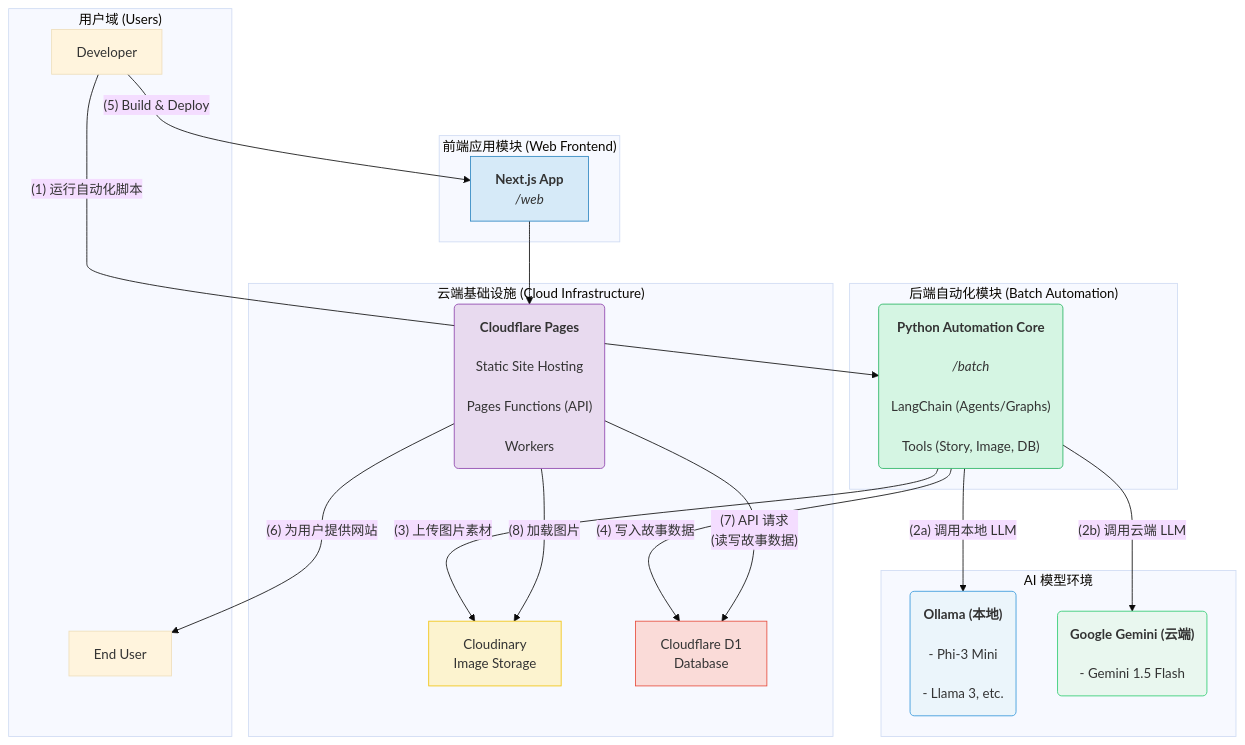
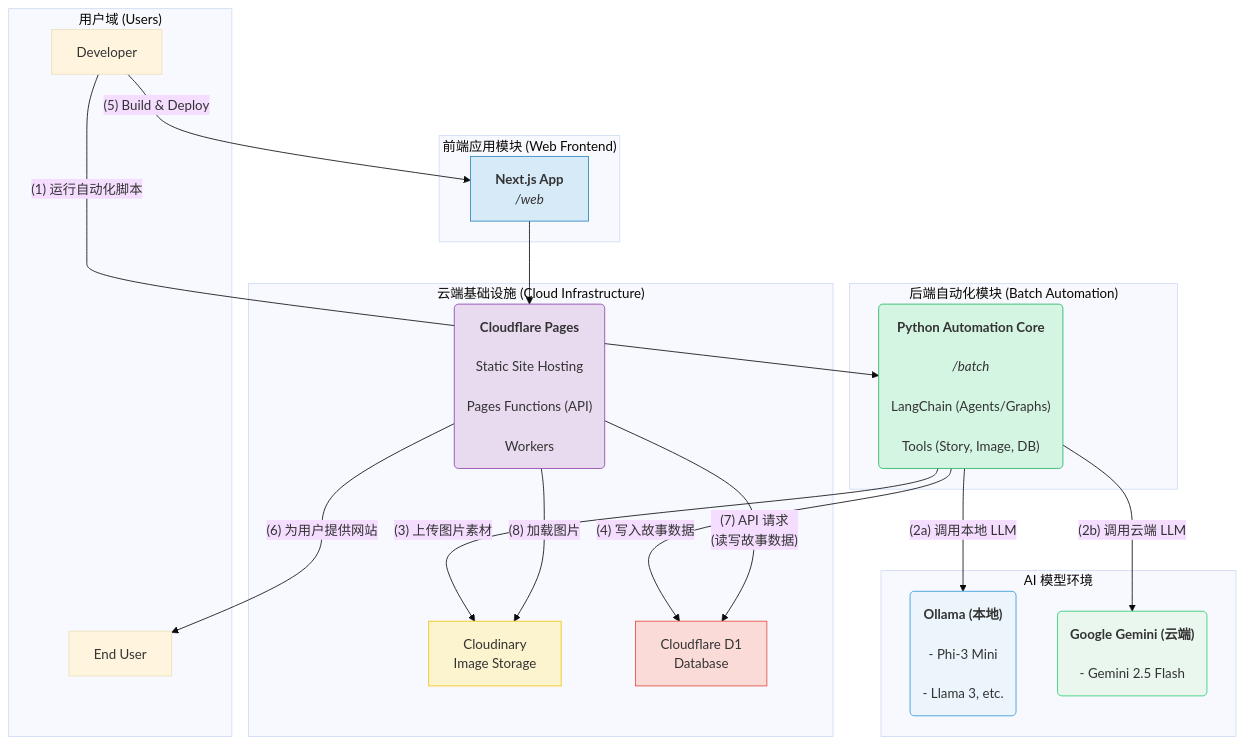
The diagram in README_CN.md (hitgub123/lilyco_storybook), drawn with Mermaid (base theme) before and after one commit. The commit also changed other lines of this file and 2 other files, not shown here.

````diff
--- a/README_CN.md
+++ b/README_CN.md
@@ -26,67 +26,67 @@
 ```mermaid
 graph TD
     subgraph "用户域 (Users)"
         Dev[Developer]
         EndUser[End User]
     end
 
     subgraph "后端自动化模块 (Batch Automation)"
         style Script fill:#D5F5E3,stroke:#28B463
         Script("
             <b>Python Automation Core</b><br/>
             <i>/batch</i><br/>
             LangChain (Agents/Graphs)<br/>
             Tools (Story, Image, DB)
         ")
     end
 
     subgraph "AI 模型环境<br/> "
         style Ollama fill:#EBF5FB,stroke:#3498DB
         style Gemini fill:#E9F7EF,stroke:#2ECC71
 
         Ollama("
             <b>Ollama (本地)</b><br/>
             - Phi-3 Mini<br/>
             - Llama 3, etc.
         ")
         Gemini("
             <b>Google Gemini (云端)</b><br/>
-            - Gemini 1.5 Flash
+            - Gemini 2.5 Flash
         ")
     end
 
     subgraph "云端基础设施 (Cloud Infrastructure)"
         style Cloudinary fill:#FCF3CF,stroke:#F1C40F
         style D1 fill:#FADBD8,stroke:#E74C3C
         style Pages fill:#E8DAEF,stroke:#8E44AD
 
         Cloudinary[Cloudinary<br/>Image Storage]
         D1[Cloudflare D1<br/>Database]
         Pages("
             <b>Cloudflare Pages</b><br/>
             Static Site Hosting<br/>
             Pages Functions (API)<br/>
             Workers
         ")
     end
     
     subgraph "前端应用模块 (Web Frontend)"
         style NextJS fill:#D6EAF8,stroke:#2E86C1
         NextJS["<b>Next.js App</b><br/><i>/web</i>"]
     end
 
     %% --- 定义工作流箭头 (使用兼容性更好的标签格式) ---
 
     Dev -- "(1) 运行自动化脚本" --> Script
     Script -- "(2a) 调用本地 LLM" --> Ollama
     Script -- "(2b) 调用云端 LLM" --> Gemini
     Script -- "(3) 上传图片素材" --> Cloudinary
     Script -- "(4) 写入故事数据" --> D1
     
     Dev -- "(5) Build & Deploy" --> NextJS
     NextJS -- " " --> Pages
     
     Pages -- "(6) 为用户提供网站" --> EndUser
     Pages -- "(7) API 请求<br/>(读写故事数据)" --> D1
     Pages -- "(8) 加载图片" --> Cloudinary
 ```
````
